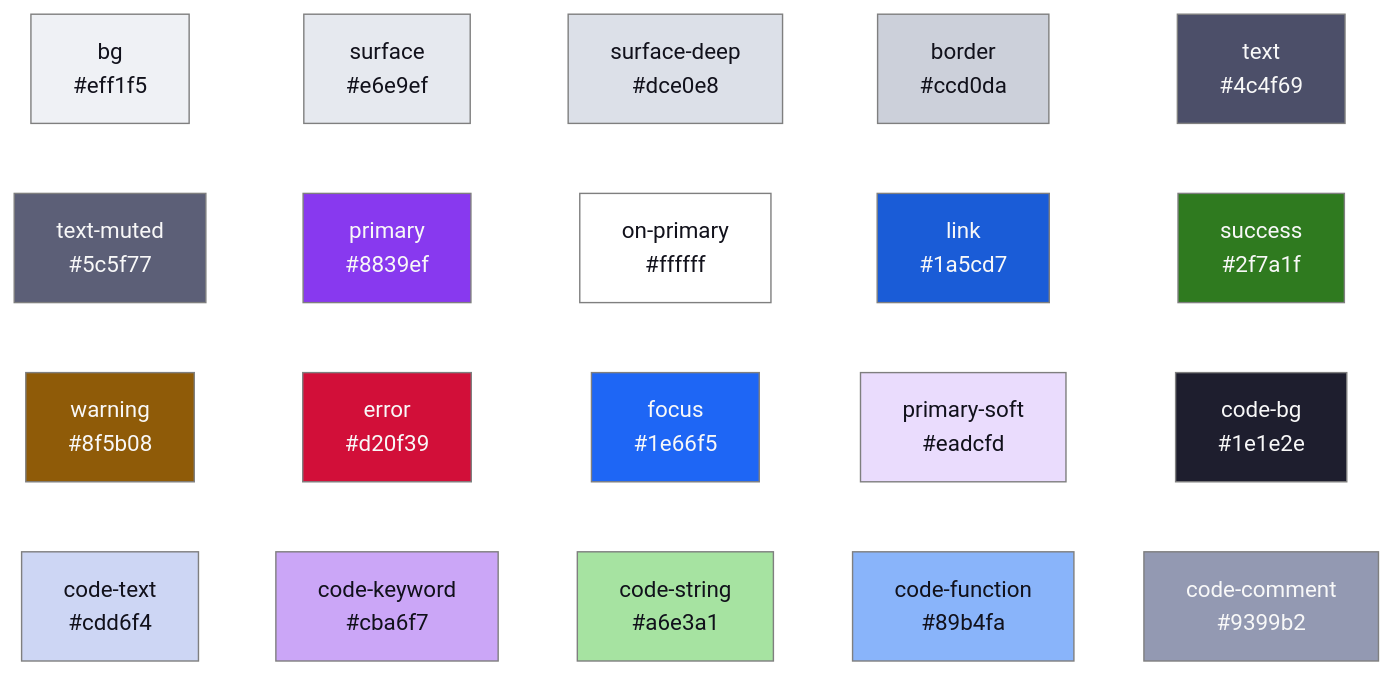
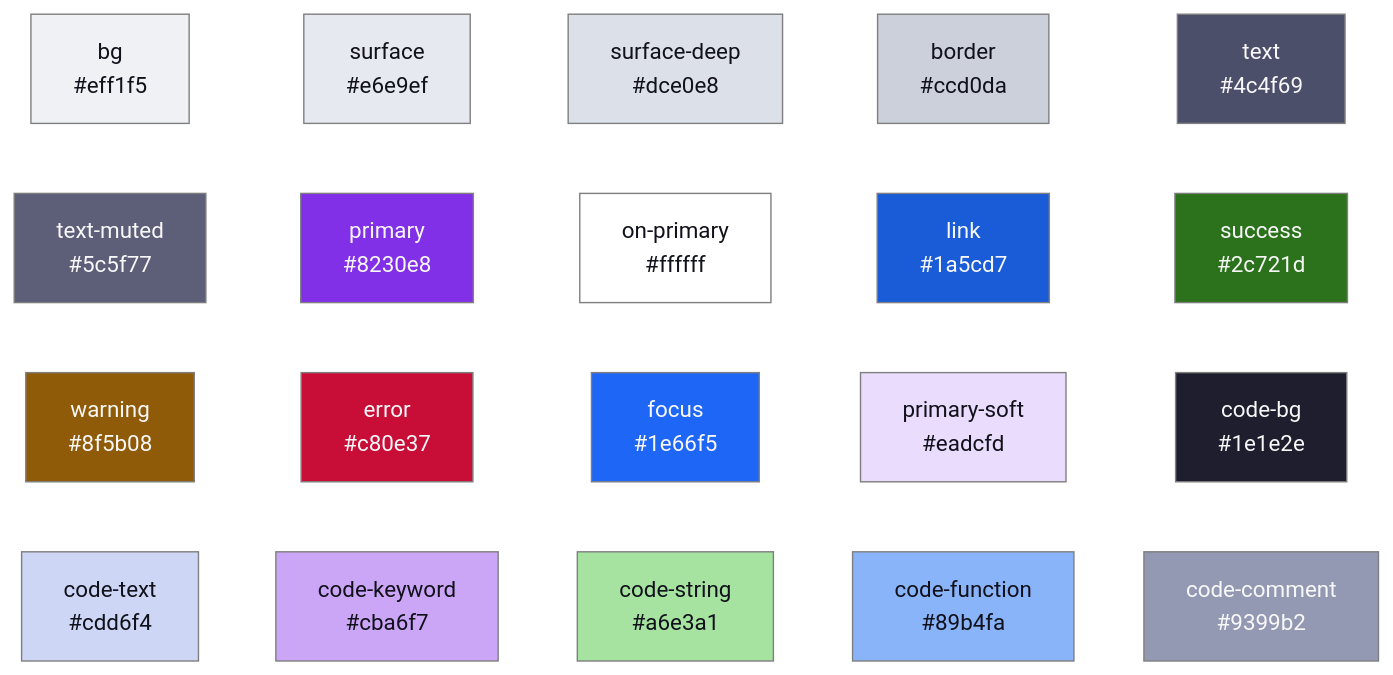
The first of 4 diagrams in docs/design/theme-exploration.md (ebouchut/learn-dev), drawn with Mermaid before and after one commit. The commit also changed other lines of this file and 1 other file, not shown here.

First line of the commit message:
fix(frontend): Darken Catppuccin light accents for surface text

````diff
--- a/docs/design/theme-exploration.md
+++ b/docs/design/theme-exploration.md
@@ -97,27 +102,27 @@
 ```mermaid
 flowchart LR
   t0["bg<br/>#eff1f5"] ~~~ t1["surface<br/>#e6e9ef"] ~~~ t2["surface-deep<br/>#dce0e8"] ~~~ t3["border<br/>#ccd0da"] ~~~ t4["text<br/>#4c4f69"]
-  t5["text-muted<br/>#5c5f77"] ~~~ t6["primary<br/>#8839ef"] ~~~ t7["on-primary<br/>#ffffff"] ~~~ t8["link<br/>#1a5cd7"] ~~~ t9["success<br/>#2f7a1f"]
-  t10["warning<br/>#8f5b08"] ~~~ t11["error<br/>#d20f39"] ~~~ t12["focus<br/>#1e66f5"] ~~~ t13["primary-soft<br/>#eadcfd"] ~~~ t14["code-bg<br/>#1e1e2e"]
+  t5["text-muted<br/>#5c5f77"] ~~~ t6["primary<br/>#8230e8"] ~~~ t7["on-primary<br/>#ffffff"] ~~~ t8["link<br/>#1a5cd7"] ~~~ t9["success<br/>#2c721d"]
+  t10["warning<br/>#8f5b08"] ~~~ t11["error<br/>#c80e37"] ~~~ t12["focus<br/>#1e66f5"] ~~~ t13["primary-soft<br/>#eadcfd"] ~~~ t14["code-bg<br/>#1e1e2e"]
   t15["code-text<br/>#cdd6f4"] ~~~ t16["code-keyword<br/>#cba6f7"] ~~~ t17["code-string<br/>#a6e3a1"] ~~~ t18["code-function<br/>#89b4fa"] ~~~ t19["code-comment<br/>#9399b2"]
   style t0 fill:#eff1f5,stroke:#7f7f7f,color:#11111b
   style t1 fill:#e6e9ef,stroke:#7f7f7f,color:#11111b
   style t2 fill:#dce0e8,stroke:#7f7f7f,color:#11111b
   style t3 fill:#ccd0da,stroke:#7f7f7f,color:#11111b
   style t4 fill:#4c4f69,stroke:#7f7f7f,color:#f8f8f8
   style t5 fill:#5c5f77,stroke:#7f7f7f,color:#f8f8f8
-  style t6 fill:#8839ef,stroke:#7f7f7f,color:#f8f8f8
+  style t6 fill:#8230e8,stroke:#7f7f7f,color:#f8f8f8
   style t7 fill:#ffffff,stroke:#7f7f7f,color:#11111b
   style t8 fill:#1a5cd7,stroke:#7f7f7f,color:#f8f8f8
-  style t9 fill:#2f7a1f,stroke:#7f7f7f,color:#f8f8f8
+  style t9 fill:#2c721d,stroke:#7f7f7f,color:#f8f8f8
   style t10 fill:#8f5b08,stroke:#7f7f7f,color:#f8f8f8
-  style t11 fill:#d20f39,stroke:#7f7f7f,color:#f8f8f8
+  style t11 fill:#c80e37,stroke:#7f7f7f,color:#f8f8f8
   style t12 fill:#1e66f5,stroke:#7f7f7f,color:#f8f8f8
   style t13 fill:#eadcfd,stroke:#7f7f7f,color:#11111b
   style t14 fill:#1e1e2e,stroke:#7f7f7f,color:#f8f8f8
   style t15 fill:#cdd6f4,stroke:#7f7f7f,color:#11111b
   style t16 fill:#cba6f7,stroke:#7f7f7f,color:#11111b
   style t17 fill:#a6e3a1,stroke:#7f7f7f,color:#11111b
   style t18 fill:#89b4fa,stroke:#7f7f7f,color:#11111b
   style t19 fill:#9399b2,stroke:#7f7f7f,color:#f8f8f8
 ```
````
